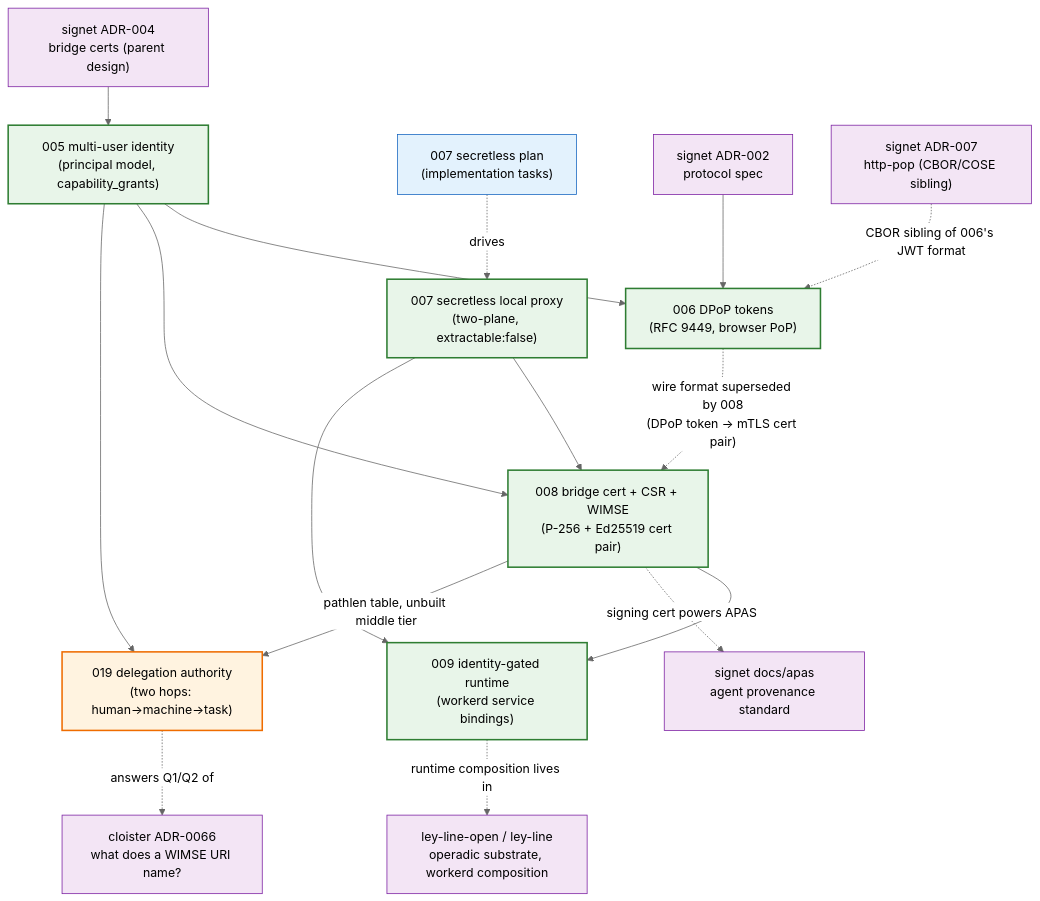
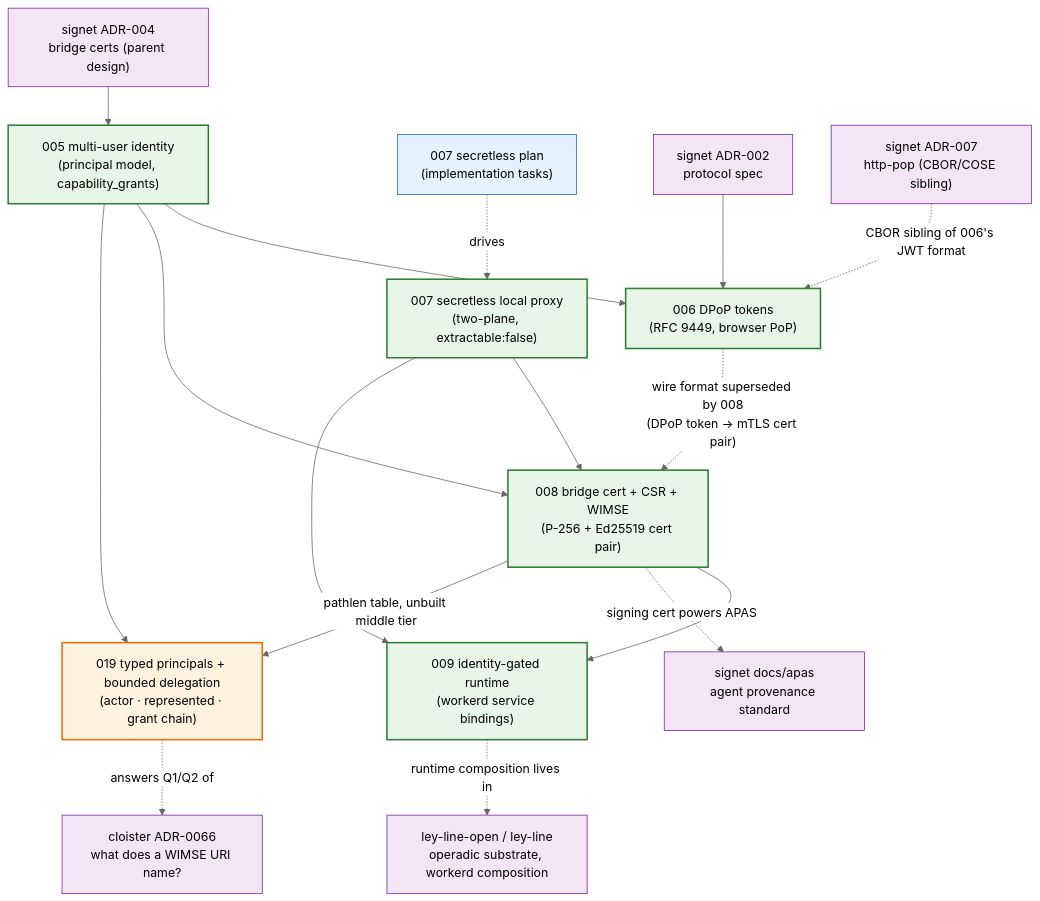
The diagram in docs/README.md (agentic-research/notme), drawn with Mermaid (neutral theme) before and after one commit. The commit also changed other lines of this file and 3 other files, not shown here.

````diff
--- a/docs/README.md
+++ b/docs/README.md
@@ -22,38 +22,38 @@
 ```mermaid
 graph TD
     classDef accepted fill:#e8f5e9,stroke:#2e7d32,stroke-width:2px,color:#000
     classDef proposed fill:#fff3e0,stroke:#ef6c00,stroke-width:2px,color:#000
     classDef plan fill:#e3f2fd,stroke:#1565c0,stroke-width:1px,color:#000
     classDef external fill:#f3e5f5,stroke:#7b1fa2,stroke-width:1px,color:#000
 
     A005["005 multi-user identity<br/>(principal model, capability_grants)"]:::accepted
     A006["006 DPoP tokens<br/>(RFC 9449, browser PoP)"]:::accepted
     A007D["007 secretless local proxy<br/>(two-plane, extractable:false)"]:::accepted
     A007P["007 secretless plan<br/>(implementation tasks)"]:::plan
     A008["008 bridge cert + CSR + WIMSE<br/>(P-256 + Ed25519 cert pair)"]:::accepted
     A009["009 identity-gated runtime<br/>(workerd service bindings)"]:::accepted
-    A019["019 delegation authority<br/>(two hops: human→machine→task)"]:::proposed
+    A019["019 typed principals + bounded delegation<br/>(actor · represented · grant chain)"]:::proposed
 
     SIG004["signet ADR-004<br/>bridge certs (parent design)"]:::external
     SIG002["signet ADR-002<br/>protocol spec"]:::external
     SIG007["signet ADR-007<br/>http-pop (CBOR/COSE sibling)"]:::external
     APAS["signet docs/apas<br/>agent provenance standard"]:::external
     LL["ley-line-open / ley-line<br/>operadic substrate, workerd composition"]:::external
 
     SIG004 --> A005
     SIG002 --> A006
     A005 --> A006
     A005 --> A008
     A006 -.->|"wire format superseded by 008<br/>(DPoP token → mTLS cert pair)"| A008
     A007D --> A008
     A007D --> A009
     A008 --> A009
     A007P -. drives .-> A007D
     SIG007 -.->|"CBOR sibling of 006's JWT format"| A006
     A008 -.->|"signing cert powers APAS"| APAS
     A009 -.->|"runtime composition lives in"| LL
     A005 --> A019
     A008 -->|"pathlen table, unbuilt middle tier"| A019
     A019 -.->|"answers Q1/Q2 of"| CL0066
     CL0066["cloister ADR-0066<br/>what does a WIMSE URI name?"]:::external
 ```
````
